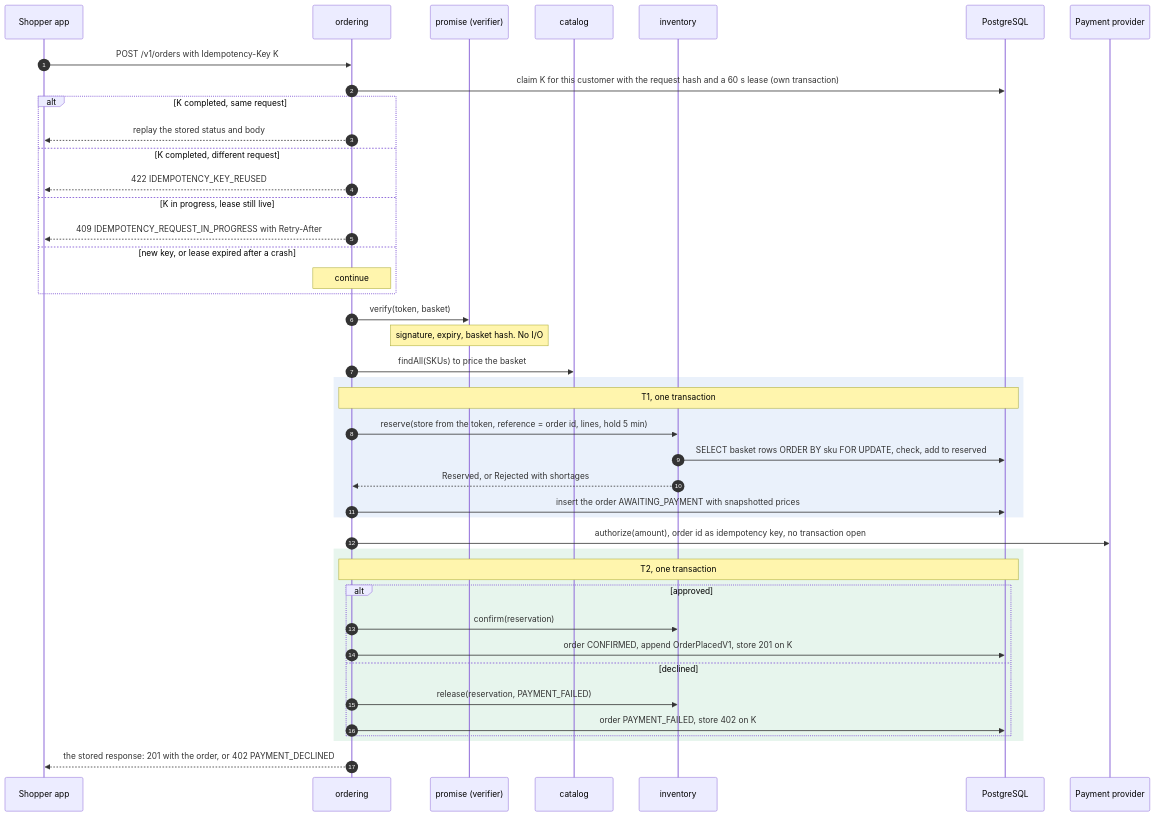
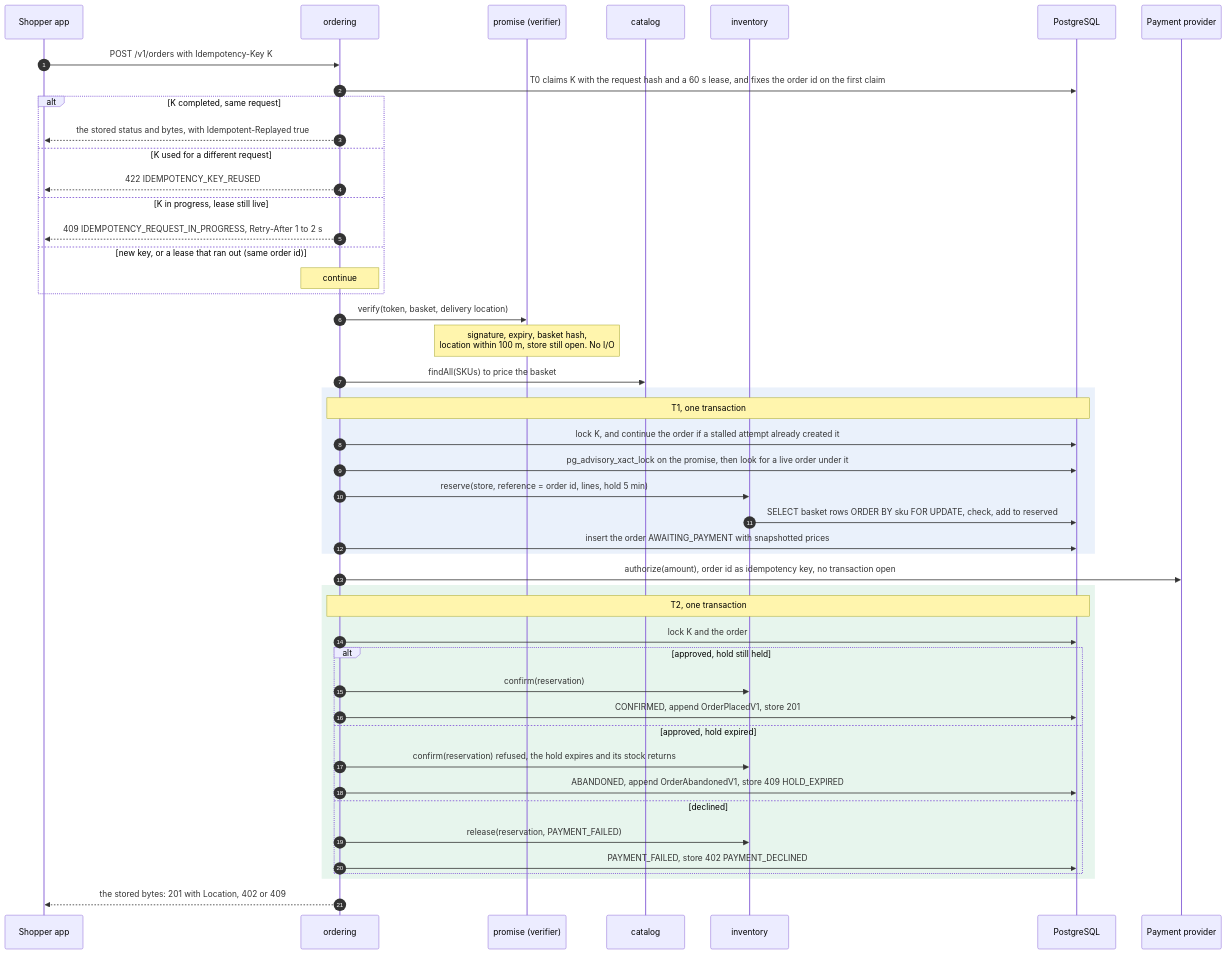
Before and after one commit to asemdreibati/daqiqa: the sixth of 9 diagrams in docs/architecture/overview.md, drawn with Mermaid. The commit also changed other lines of this file, not shown here.

First line of the commit message:
docs: update the architecture guide to the integrated wave 1

````diff
--- a/docs/architecture/overview.md
+++ b/docs/architecture/overview.md
@@ -321,45 +334,50 @@
 ```mermaid
 sequenceDiagram
     autonumber
     participant App as Shopper app
     participant O as ordering
     participant V as promise (verifier)
     participant C as catalog
     participant I as inventory
     participant DB as PostgreSQL
     participant Pay as Payment provider
 
     App->>O: POST /v1/orders with Idempotency-Key K
-    O->>DB: claim K for this customer with the request hash and a 60 s lease (own transaction)
+    O->>DB: T0 claims K with the request hash and a 60 s lease, and fixes the order id on the first claim
     alt K completed, same request
-        O-->>App: replay the stored status and body
-    else K completed, different request
+        O-->>App: the stored status and bytes, with Idempotent-Replayed true
+    else K used for a different request
         O-->>App: 422 IDEMPOTENCY_KEY_REUSED
     else K in progress, lease still live
-        O-->>App: 409 IDEMPOTENCY_REQUEST_IN_PROGRESS with Retry-After
-    else new key, or lease expired after a crash
+        O-->>App: 409 IDEMPOTENCY_REQUEST_IN_PROGRESS, Retry-After 1 to 2 s
+    else new key, or a lease that ran out (same order id)
         Note over O: continue
     end
-    O->>V: verify(token, basket)
-    Note over V: signature, expiry, basket hash. No I/O
+    O->>V: verify(token, basket, delivery location)
+    Note over V: signature, expiry, basket hash,<br/>location within 100 m, store still open. No I/O
     O->>C: findAll(SKUs) to price the basket
     rect rgba(80, 140, 220, 0.12)
         Note over O,DB: T1, one transaction
-        O->>I: reserve(store from the token, reference = order id, lines, hold 5 min)
+        O->>DB: lock K, and continue the order if a stalled attempt already created it
+        O->>DB: pg_advisory_xact_lock on the promise, then look for a live order under it
+        O->>I: reserve(store, reference = order id, lines, hold 5 min)
         I->>DB: SELECT basket rows ORDER BY sku FOR UPDATE, check, add to reserved
-        I-->>O: Reserved, or Rejected with shortages
         O->>DB: insert the order AWAITING_PAYMENT with snapshotted prices
     end
     O->>Pay: authorize(amount), order id as idempotency key, no transaction open
     rect rgba(60, 170, 110, 0.12)
         Note over O,DB: T2, one transaction
-        alt approved
+        O->>DB: lock K and the order
+        alt approved, hold still held
             O->>I: confirm(reservation)
-            O->>DB: order CONFIRMED, append OrderPlacedV1, store 201 on K
+            O->>DB: CONFIRMED, append OrderPlacedV1, store 201
+        else approved, hold expired
+            O->>I: confirm(reservation) refused, the hold expires and its stock returns
+            O->>DB: ABANDONED, append OrderAbandonedV1, store 409 HOLD_EXPIRED
         else declined
             O->>I: release(reservation, PAYMENT_FAILED)
-            O->>DB: order PAYMENT_FAILED, store 402 on K
+            O->>DB: PAYMENT_FAILED, store 402 PAYMENT_DECLINED
         end
     end
-    O-->>App: the stored response: 201 with the order, or 402 PAYMENT_DECLINED
+    O-->>App: the stored bytes: 201 with Location, 402 or 409
 ```
````
